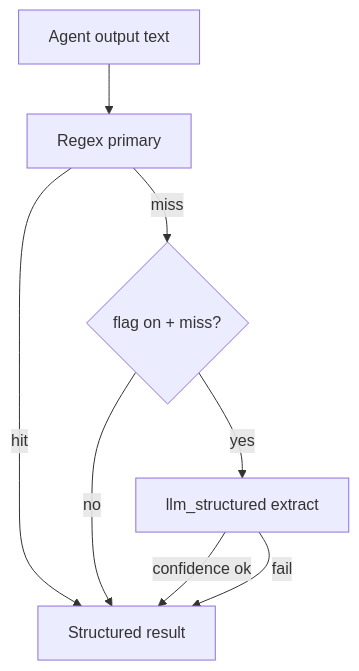
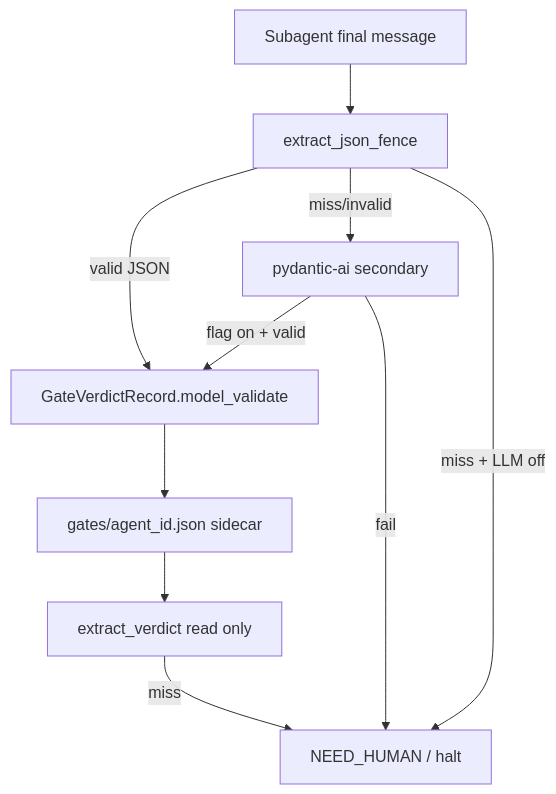
The diagram in memory-bank/back/plan/plan-T-HUB-023-hooks-llm-fallbacks.md (aeroalgo/dev-hub), drawn with Mermaid before and after one commit. The commit also changed other lines of this file and 449 other files, not shown here.

````diff
--- a/memory-bank/back/plan/plan-T-HUB-023-hooks-llm-fallbacks.md
+++ b/memory-bank/back/plan/plan-T-HUB-023-hooks-llm-fallbacks.md
@@ -158,15 +281,19 @@
 ```mermaid
 flowchart TB
-  IN[Agent output text]
-  RX[Regex primary]
-  FF{flag on + miss?}
-  LLM[llm_structured extract]
-  OUT[Structured result]
-  IN --> RX
-  RX -->|hit| OUT
-  RX -->|miss| FF
-  FF -->|no| OUT
-  FF -->|yes| LLM
-  LLM -->|confidence ok| OUT
-  LLM -->|fail| OUT
+  SUB[Subagent final message]
+  FENCE[extract_json_fence]
+  VAL[GateVerdictRecord.model_validate]
+  SC[gates/agent_id.json sidecar]
+  READ[extract_verdict read only]
+  AI[pydantic-ai secondary]
+  HALT[NEED_HUMAN / halt]
+  SUB --> FENCE
+  FENCE -->|valid JSON| VAL
+  VAL --> SC
+  SC --> READ
+  FENCE -->|miss/invalid| AI
+  AI -->|flag on + valid| VAL
+  FENCE -->|miss + LLM off| HALT
+  AI -->|fail| HALT
+  READ -->|miss| HALT
 ```
````
